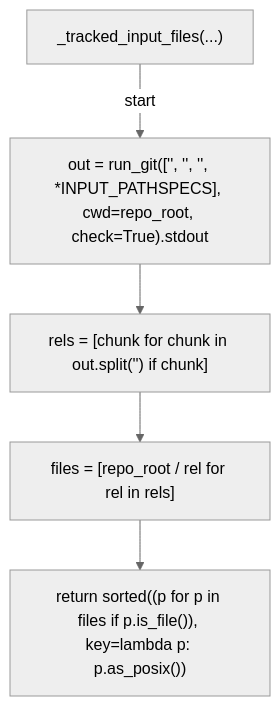
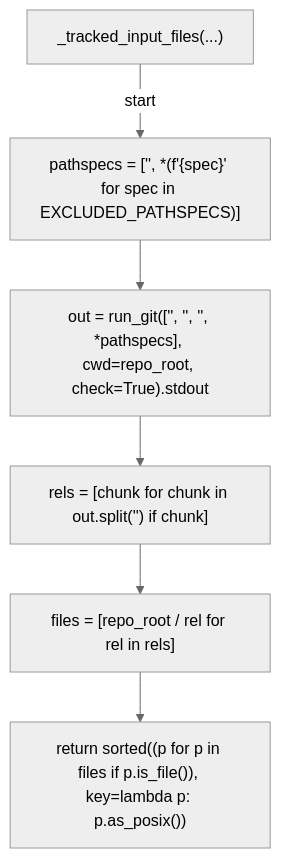
One commit to tvna/claude-md changed the third of 10 diagrams in docs/generated/scripts/ast/preflight_cache.md. Above: the diagram before and after it, drawn with Mermaid (neutral theme). The commit also changed other lines of this file and 8 other files, not shown here.

First line of the commit message:
docs(generated): regenerate decision tree and workflow diagrams

````diff
--- a/docs/generated/scripts/ast/preflight_cache.md
+++ b/docs/generated/scripts/ast/preflight_cache.md
@@ -34,12 +34,14 @@
 ```mermaid
 flowchart TD
     N001["_tracked_input_files(...)"]
-    N002["out = run_git(['<str>', '<str>', '<str>', *INPUT_PATHSPECS], cwd=repo_root, check=True).stdout"]
-    N003["rels = [chunk for chunk in out.split('<str>') if chunk]"]
-    N004["files = [repo_root / rel for rel in rels]"]
-    N005["return sorted((p for p in files if p.is_file()), key=lambda p: p.as_posix())"]
+    N002["pathspecs = ['<str>', *(f'<str>{spec}' for spec in EXCLUDED_PATHSPECS)]"]
+    N003["out = run_git(['<str>', '<str>', '<str>', *pathspecs], cwd=repo_root, check=True).stdout"]
+    N004["rels = [chunk for chunk in out.split('<str>') if chunk]"]
+    N005["files = [repo_root / rel for rel in rels]"]
+    N006["return sorted((p for p in files if p.is_file()), key=lambda p: p.as_posix())"]
     N001 -->|"start"| N002
     N002 --> N003
     N003 --> N004
     N004 --> N005
+    N005 --> N006
 ```
````
